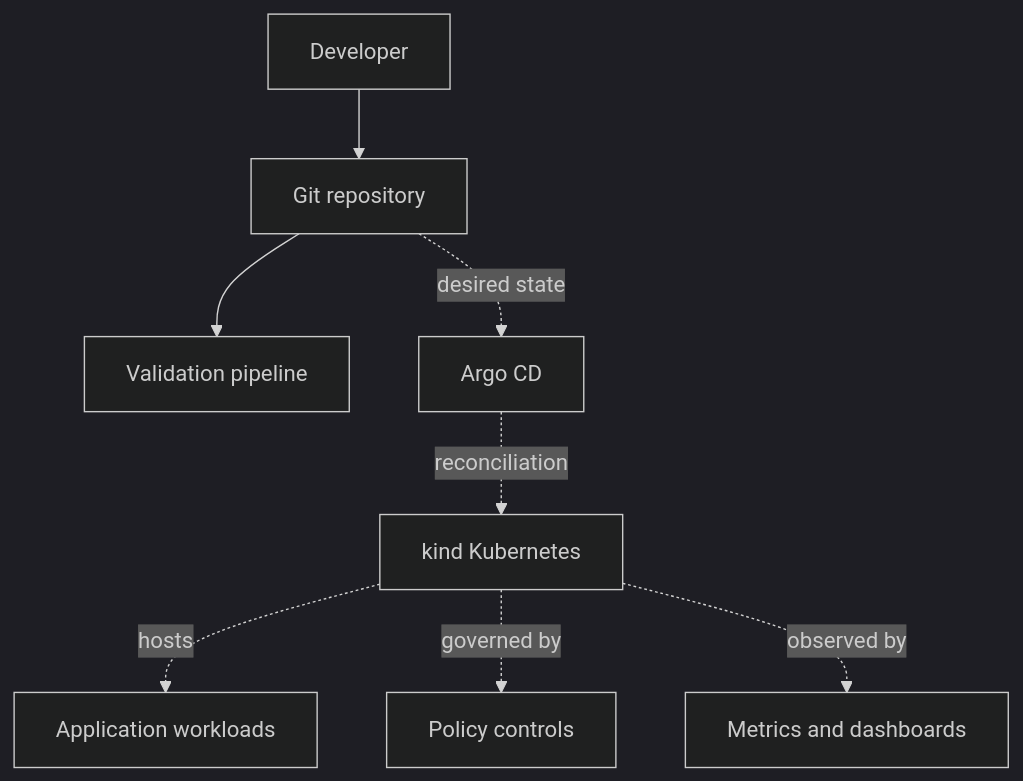
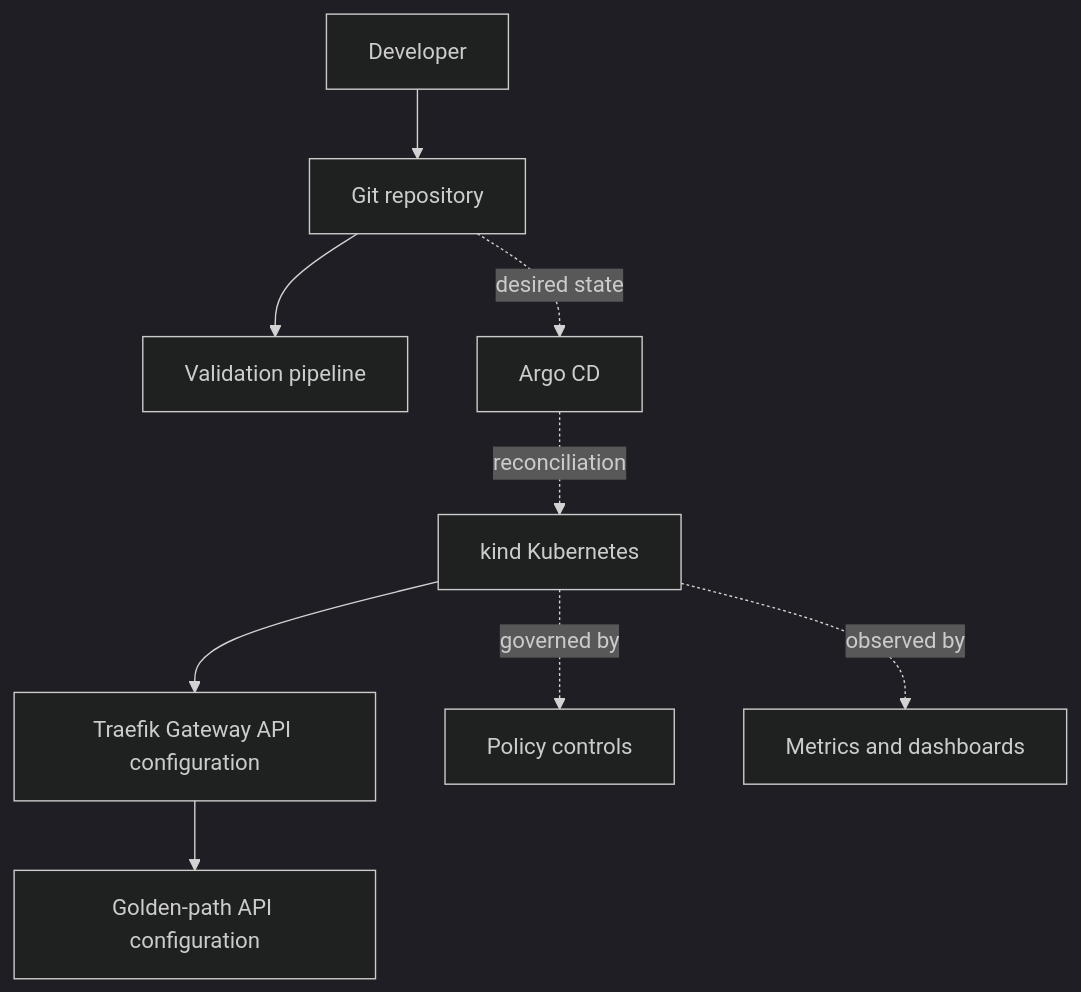
The diagram in docs/architecture/overview.md (Rano1000/platform-engineering-lab), drawn with Mermaid (dark theme) before and after one commit. The commit also changed other lines of this file and 57 other files, not shown here.

Commit message:
feat: add secure golden-path application delivery

````diff
--- a/docs/architecture/overview.md
+++ b/docs/architecture/overview.md
@@ -11,10 +11,11 @@
 ```mermaid
 flowchart TB
     Developer[Developer] --> Repository[Git repository]
     Repository --> CI[Validation pipeline]
     Repository -. desired state .-> Argo[Argo CD]
     Argo -. reconciliation .-> Kubernetes[kind Kubernetes]
-    Kubernetes -. hosts .-> Workloads[Application workloads]
+    Kubernetes --> Gateway[Traefik Gateway API configuration]
+    Gateway --> Workloads[Golden-path API configuration]
     Kubernetes -. governed by .-> Policy[Policy controls]
     Kubernetes -. observed by .-> Telemetry[Metrics and dashboards]
 ```
````
